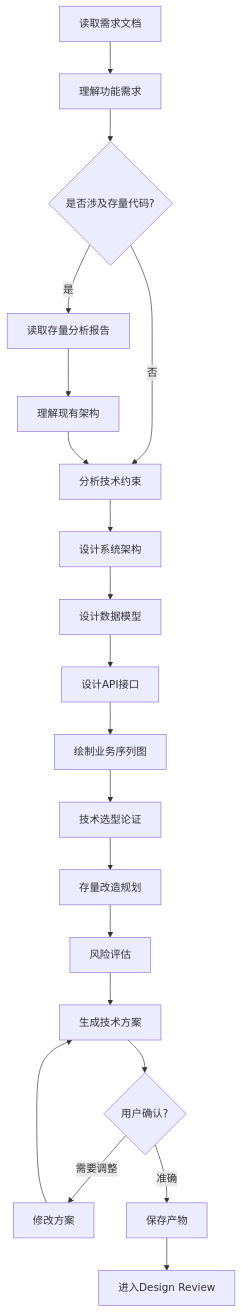
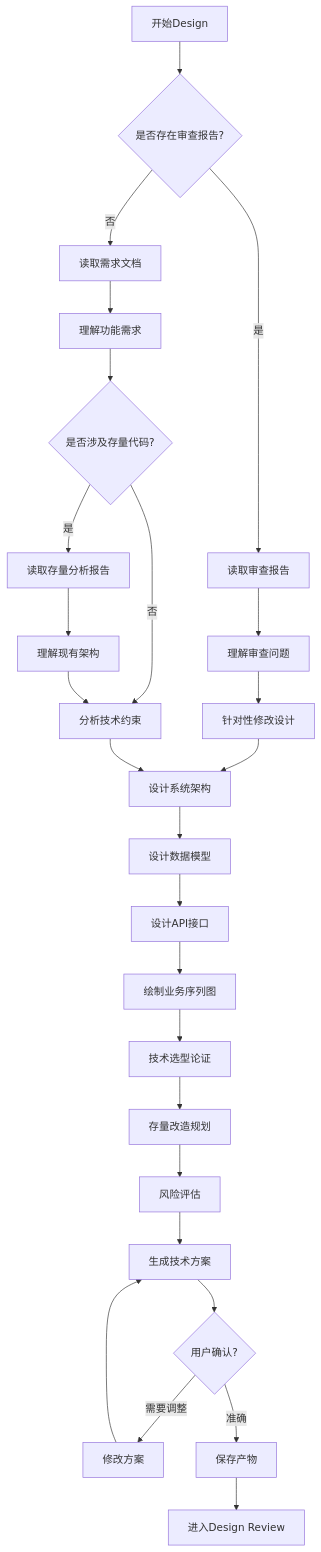
The second of 2 diagrams in .claude/designs/2026-02-25_Skill_Design_v1.0.md (ymm512/Cadence-skills), drawn with Mermaid before and after one commit. The commit also changed other lines of this file, not shown here.

````diff
--- a/.claude/designs/2026-02-25_Skill_Design_v1.0.md
+++ b/.claude/designs/2026-02-25_Skill_Design_v1.0.md
@@ -76,26 +89,36 @@
 ```mermaid
 graph TB
-    A[读取需求文档] --> A1[理解功能需求]
-    A1 --> B{是否涉及存量代码?}
+    A[开始Design] --> A1{是否存在审查报告?}
 
-    B -->|是| C[读取存量分析报告]
-    B -->|否| D[分析技术约束]
+    A1 -->|是| B[读取审查报告]
+    A1 -->|否| C[读取需求文档]
 
-    C --> C1[理解现有架构]
-    C1 --> D
+    B --> B1[理解审查问题]
+    B1 --> B2[针对性修改设计]
 
-    D --> E[设计系统架构]
-    E --> F[设计数据模型]
-    F --> G[设计API接口]
-    G --> H[绘制业务序列图]
-    H --> I[技术选型论证]
-    I --> J[存量改造规划]
-    J --> K[风险评估]
-    K --> L[生成技术方案]
-    L --> M{用户确认?}
+    C --> C1[理解功能需求]
+    C1 --> D{是否涉及存量代码?}
 
-    M -->|需要调整| N[修改方案]
-    N --> L
-    M -->|准确| O[保存产物]
-    O --> P[进入Design Review]
+    D -->|是| E[读取存量分析报告]
+    D -->|否| F[分析技术约束]
+
+    E --> E1[理解现有架构]
+    E1 --> F
+
+    B2 --> G[设计系统架构]
+    F --> G
+
+    G --> H[设计数据模型]
+    H --> I[设计API接口]
+    I --> J[绘制业务序列图]
+    J --> K[技术选型论证]
+    K --> L[存量改造规划]
+    L --> M[风险评估]
+    M --> N[生成技术方案]
+    N --> O{用户确认?}
+
+    O -->|需要调整| P[修改方案]
+    P --> N
+    O -->|准确| Q[保存产物]
+    Q --> R[进入Design Review]
 ```
````
